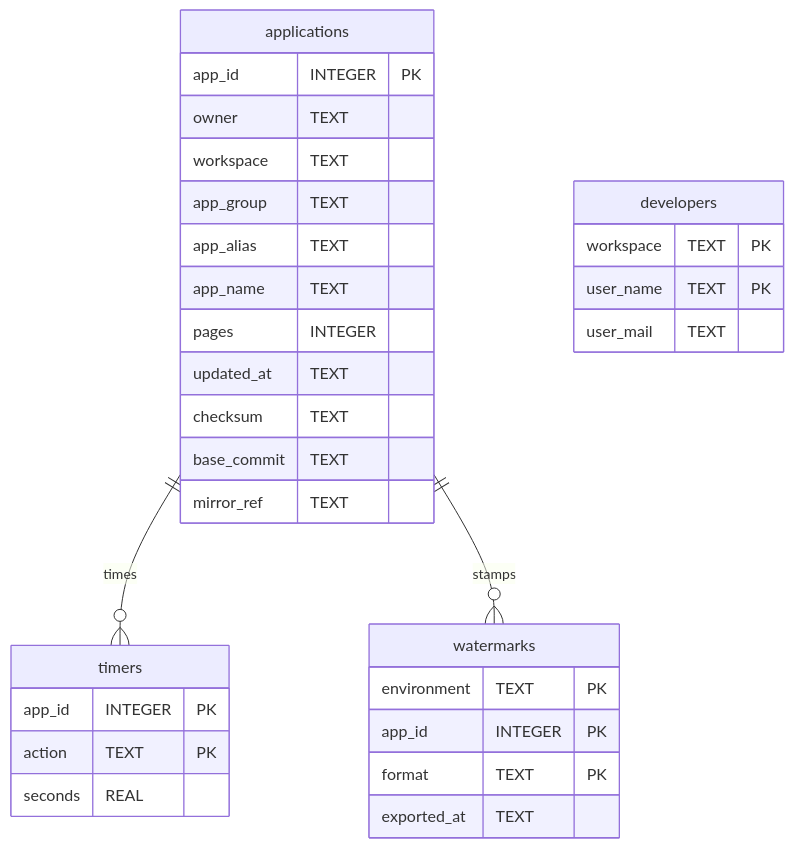
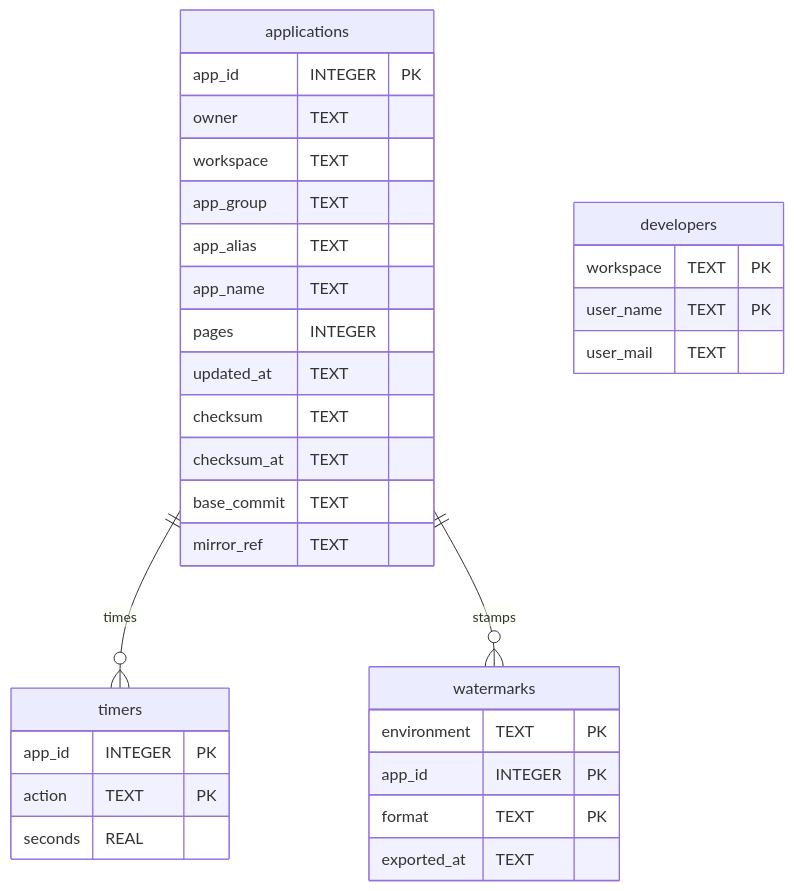
The diagram in docs/storage_apex.md (jkvetina/ADT.ai), drawn with Mermaid before and after one commit. The commit also changed other lines of this file and 281 other files, not shown here.

````diff
--- a/docs/storage_apex.md
+++ b/docs/storage_apex.md
@@ -9,34 +9,35 @@
 ```mermaid
 erDiagram
     applications {
         app_id INTEGER PK
         owner TEXT
         workspace TEXT
         app_group TEXT
         app_alias TEXT
         app_name TEXT
         pages INTEGER
         updated_at TEXT
         checksum TEXT
+        checksum_at TEXT
         base_commit TEXT
         mirror_ref TEXT
     }
     developers {
         workspace TEXT PK
         user_name TEXT PK
         user_mail TEXT
     }
     timers {
         app_id INTEGER PK
         action TEXT PK
         seconds REAL
     }
     watermarks {
         environment TEXT PK
         app_id INTEGER PK
         format TEXT PK
         exported_at TEXT
     }
     applications ||--o{ timers : times
     applications ||--o{ watermarks : stamps
 ```
````
